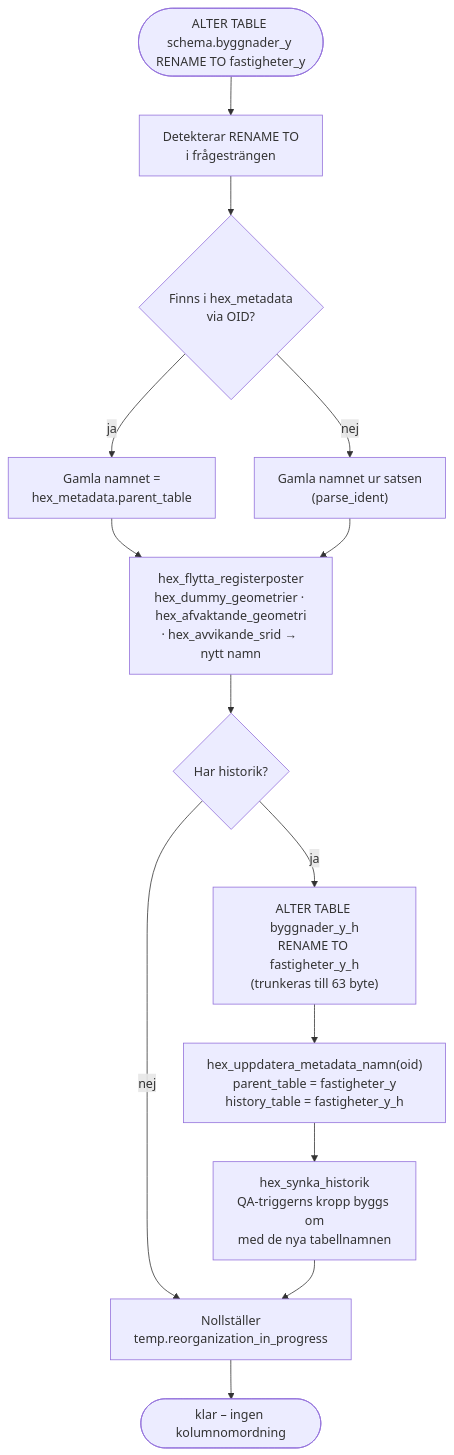
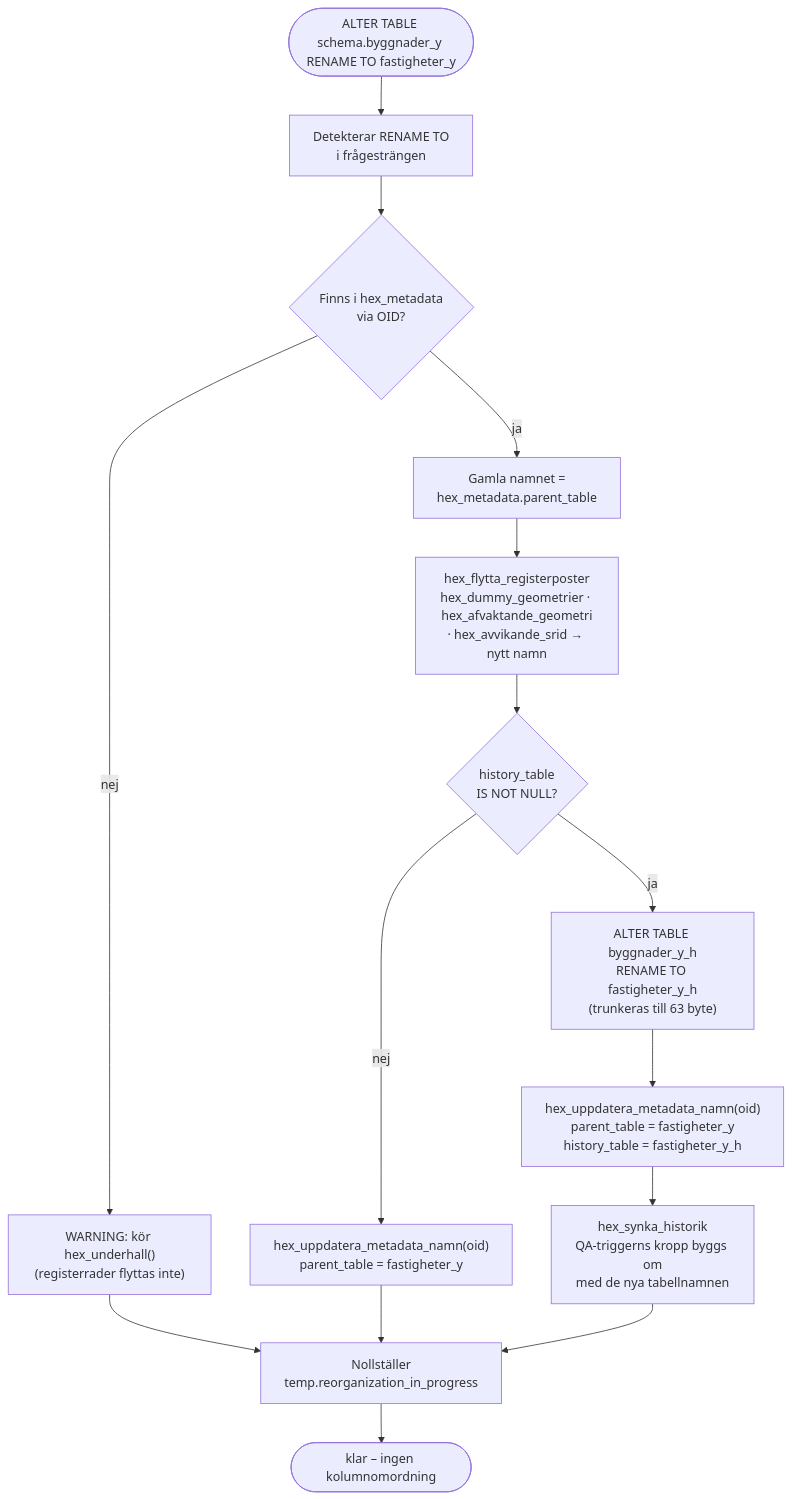
Before and after one commit to Geodata-Kungsbacka/Hex: the fifth of 9 diagrams in LOGIC_MAP.md, drawn with Mermaid. The commit also changed other lines of this file and 17 other files, not shown here.

````diff
--- a/LOGIC_MAP.md
+++ b/LOGIC_MAP.md
@@ -722,17 +734,18 @@
 ```mermaid
 flowchart TD
     START(["ALTER TABLE schema.byggnader_y RENAME TO fastigheter_y"])
     START --> DET["Detekterar RENAME TO<br/>i frågesträngen"]
     DET --> OID{"Finns i hex_metadata<br/>via OID?"}
     OID --> |ja| GAML["Gamla namnet =<br/>hex_metadata.parent_table"]
-    OID --> |nej| PARSE["Gamla namnet ur satsen<br/>(parse_ident)"]
+    OID --> |nej| WARN["WARNING: kör hex_underhall()<br/>(registerrader flyttas inte)"]
+    WARN --> FLAG
     GAML --> FLYTT["hex_flytta_registerposter<br/>hex_dummy_geometrier · hex_afvaktande_geometri<br/>· hex_avvikande_srid → nytt namn"]
-    PARSE --> FLYTT
-    FLYTT --> HIST{"Har historik?"}
-    HIST --> |nej| FLAG
+    FLYTT --> HIST{"history_table<br/>IS NOT NULL?"}
+    HIST --> |nej| UPD0["hex_uppdatera_metadata_namn(oid)<br/>parent_table = fastigheter_y"]
+    UPD0 --> FLAG
     HIST --> |ja| REN["ALTER TABLE byggnader_y_h<br/>RENAME TO fastigheter_y_h<br/>(trunkeras till 63 byte)"]
     REN --> UPD["hex_uppdatera_metadata_namn(oid)<br/>parent_table = fastigheter_y<br/>history_table = fastigheter_y_h"]
     UPD --> SYNK["hex_synka_historik<br/>QA-triggerns kropp byggs om<br/>med de nya tabellnamnen"]
     SYNK --> FLAG["Nollställer<br/>temp.reorganization_in_progress"]
     FLAG --> DONE(["klar – ingen kolumnomordning"])
 ```
````
